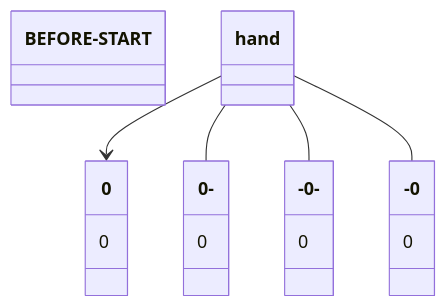
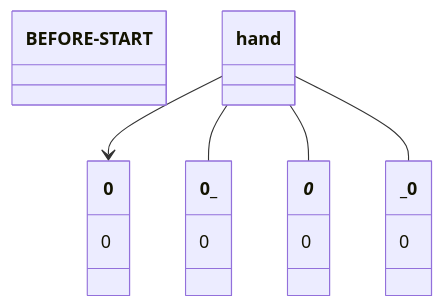
Diagram 21 of 37 in README.md (sadmanca/ece344), drawn with Mermaid before and after one commit. The commit also changed other lines of this file, not shown here.

````diff
--- a/README.md
+++ b/README.md
@@ -7623,24 +7625,24 @@
 ```mermaid
 classDiagram
     class BEFORE-START
 
     hand --> 0
-    hand -- 0-
-    hand -- -0-
-    hand -- -0
+    hand -- 0_
+    hand -- _0_
+    hand -- _0
 
     class hand {
     }
     class 0 {
       0
     }
-    class 0- {
+    class 0_ {
       0
    }
-   class -0- {
+   class _0_ {
       0
    }
-   class -0 {
+   class _0 {
       0
    }
 ```
````
